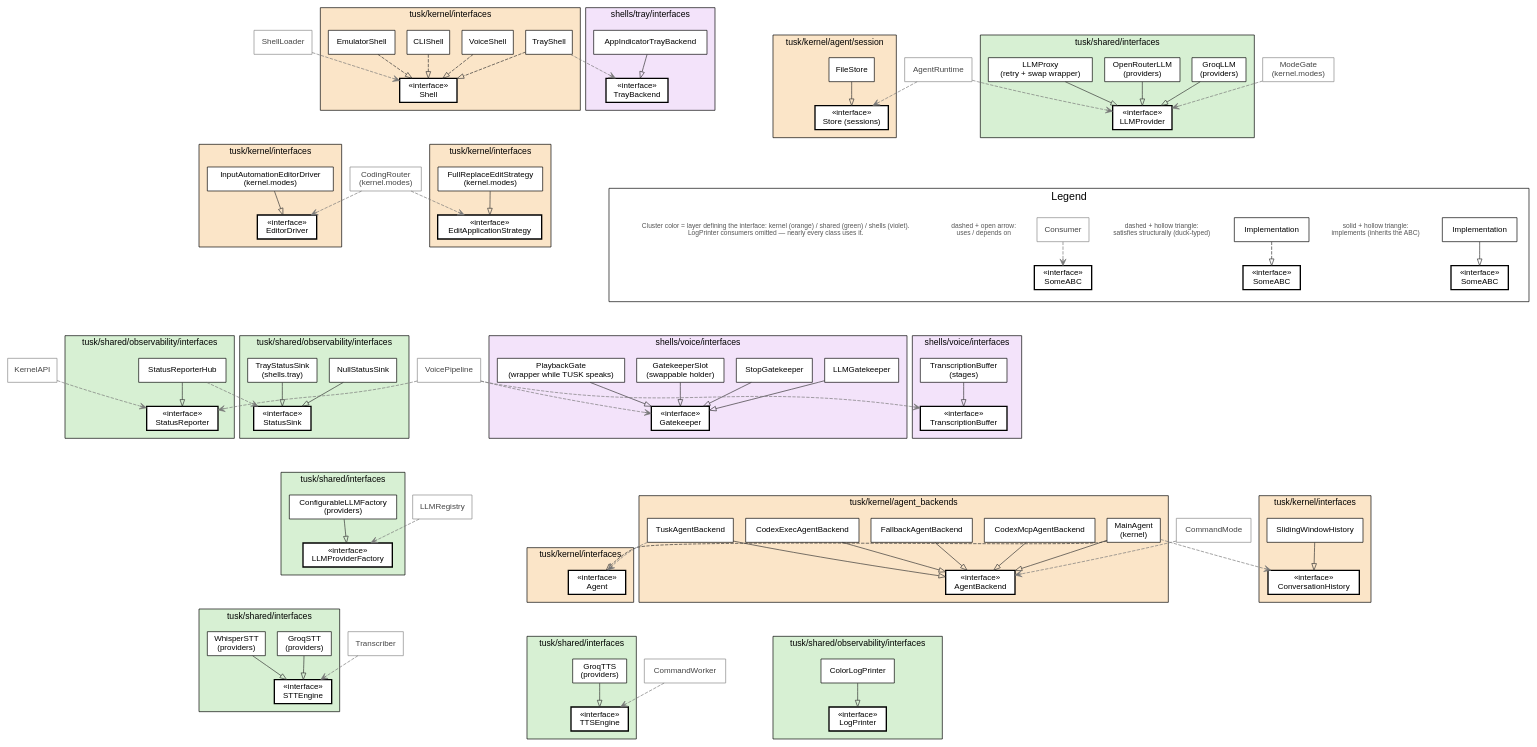
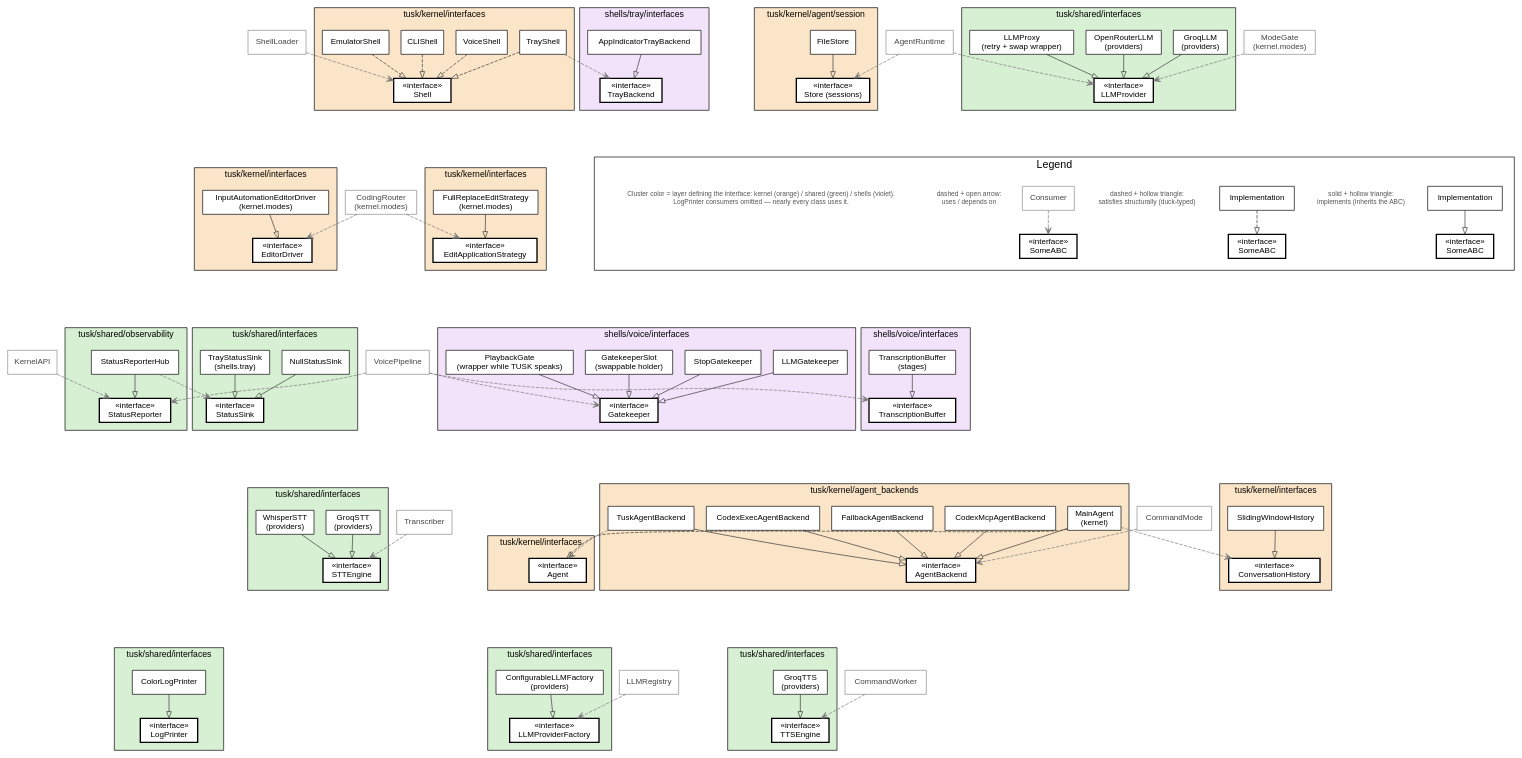
One commit to vovka/tusk changed the diagram in docs/diagrams/interfaces.dot. Above: the diagram before and after it, drawn with Graphviz. The commit also changed 5 other files, not shown here.

First line of the commit message:
Regenerate class-graph diagrams after the shared flattening

```diff
--- a/docs/diagrams/interfaces.dot
+++ b/docs/diagrams/interfaces.dot
@@ -1,196 +1,196 @@
 // TUSK interface map — hand-maintained (unlike full-class-graph.dot, which is generated).
 // Every ABC, its implementations, and its key consumers.
 // Render: fdp -Tsvg interfaces.dot -o interfaces.svg
 //   (fdp 2D-packs the per-interface clusters; dot would stack them in one long column)
 // Cluster tint = layer that DEFINES the interface:
 //   kernel #fbe5c8 | shared #d7f0d3 | shells #f3e3fa
 digraph tusk_interfaces {
   fontname="Helvetica";
   overlap="prism";
   splines=true;
   pack=true;
   packmode="clust";
   sep="+14";
   esep="+6";
   node [shape=box, style=filled, fillcolor="white", fontname="Helvetica", fontsize=12];
   edge [fontname="Helvetica", fontsize=10, color="#333333"];
 
   // Legend nodes are pinned (pos=...!) so fdp cannot scatter them.
   subgraph cluster_legend {
     label="Legend"; fontsize=16; style=filled; fillcolor="#ffffff"; margin=18;
     Leg_impl [label="Implementation", pos="0,3.2!"];
     Leg_if1 [label="«interface»\nSomeABC", penwidth=2, pos="2.4,3.2!"];
     Leg_impl -> Leg_if1 [arrowhead=empty];
     Leg_cap1 [shape=plaintext, fontsize=10, fontcolor="#555555", pos="5.0,3.2!",
       label="solid + hollow triangle:\nimplements (inherits the ABC)"];
 
     Leg_duck [label="Implementation", pos="0,2.3!"];
     Leg_if2 [label="«interface»\nSomeABC", penwidth=2, pos="2.4,2.3!"];
     Leg_duck -> Leg_if2 [arrowhead=empty, style=dashed];
     Leg_cap2 [shape=plaintext, fontsize=10, fontcolor="#555555", pos="5.0,2.3!",
       label="dashed + hollow triangle:\nsatisfies structurally (duck-typed)"];
 
     Leg_user [label="Consumer", color="#888888", fontcolor="#444444", pos="0,1.4!"];
     Leg_if3 [label="«interface»\nSomeABC", penwidth=2, pos="2.4,1.4!"];
     Leg_user -> Leg_if3 [arrowhead=vee, style=dashed, color="#777777"];
     Leg_cap3 [shape=plaintext, fontsize=10, fontcolor="#555555", pos="5.0,1.4!",
       label="dashed + open arrow:\nuses / depends on"];
 
     Leg_note [shape=plaintext, fontsize=10, fontcolor="#555555", pos="2.6,0.5!",
       label="Cluster color = layer defining the interface: kernel (orange) / shared (green) / shells (violet).\nLogPrinter consumers omitted — nearly every class uses it."];
   }
 
   // ---------------- kernel-defined interfaces ----------------
 
   subgraph cluster_agent {
     label="tusk/kernel/interfaces"; fontsize=13; style=filled; fillcolor="#fbe5c8"; margin=12;
     I_Agent [label="«interface»\nAgent", penwidth=2];
   }
   subgraph cluster_shell {
     label="tusk/kernel/interfaces"; fontsize=13; style=filled; fillcolor="#fbe5c8"; margin=12;
     I_Shell [label="«interface»\nShell", penwidth=2];
     VoiceShell; CLIShell; EmulatorShell; TrayShell;
     VoiceShell -> I_Shell [arrowhead=empty, style=dashed];
     CLIShell -> I_Shell [arrowhead=empty, style=dashed];
     EmulatorShell -> I_Shell [arrowhead=empty, style=dashed];
     TrayShell -> I_Shell [arrowhead=empty, style=dashed];
   }
   subgraph cluster_history {
     label="tusk/kernel/interfaces"; fontsize=13; style=filled; fillcolor="#fbe5c8"; margin=12;
     I_ConversationHistory [label="«interface»\nConversationHistory", penwidth=2];
     SlidingWindowHistory -> I_ConversationHistory [arrowhead=empty];
   }
   subgraph cluster_driver {
     label="tusk/kernel/interfaces"; fontsize=13; style=filled; fillcolor="#fbe5c8"; margin=12;
     I_EditorDriver [label="«interface»\nEditorDriver", penwidth=2];
     InputAutomationEditorDriver [label="InputAutomationEditorDriver\n(kernel.modes)"];
     InputAutomationEditorDriver -> I_EditorDriver [arrowhead=empty];
   }
   subgraph cluster_strategy {
     label="tusk/kernel/interfaces"; fontsize=13; style=filled; fillcolor="#fbe5c8"; margin=12;
     I_EditApplicationStrategy [label="«interface»\nEditApplicationStrategy", penwidth=2];
     FullReplaceEditStrategy [label="FullReplaceEditStrategy\n(kernel.modes)"];
     FullReplaceEditStrategy -> I_EditApplicationStrategy [arrowhead=empty];
   }
   subgraph cluster_backend {
     label="tusk/kernel/agent_backends"; fontsize=13; style=filled; fillcolor="#fbe5c8"; margin=12;
     I_AgentBackend [label="«interface»\nAgentBackend", penwidth=2];
     MainAgent [label="MainAgent\n(kernel)"];
     TuskAgentBackend; CodexExecAgentBackend; CodexMcpAgentBackend; FallbackAgentBackend;
     MainAgent -> I_AgentBackend [arrowhead=empty];
     TuskAgentBackend -> I_AgentBackend [arrowhead=empty];
     CodexExecAgentBackend -> I_AgentBackend [arrowhead=empty];
     CodexMcpAgentBackend -> I_AgentBackend [arrowhead=empty];
     FallbackAgentBackend -> I_AgentBackend [arrowhead=empty];
   }
   subgraph cluster_store {
     label="tusk/kernel/agent/session"; fontsize=13; style=filled; fillcolor="#fbe5c8"; margin=12;
     I_Store [label="«interface»\nStore (sessions)", penwidth=2];
     FileStore -> I_Store [arrowhead=empty];
   }
 
   // ---------------- shared-defined interfaces ----------------
 
   subgraph cluster_llm {
     label="tusk/shared/interfaces"; fontsize=13; style=filled; fillcolor="#d7f0d3"; margin=12;
     I_LLMProvider [label="«interface»\nLLMProvider", penwidth=2];
     GroqLLM [label="GroqLLM\n(providers)"];
     OpenRouterLLM [label="OpenRouterLLM\n(providers)"];
     LLMProxy [label="LLMProxy\n(retry + swap wrapper)"];
     GroqLLM -> I_LLMProvider [arrowhead=empty];
     OpenRouterLLM -> I_LLMProvider [arrowhead=empty];
     LLMProxy -> I_LLMProvider [arrowhead=empty];
   }
   subgraph cluster_llmfactory {
     label="tusk/shared/interfaces"; fontsize=13; style=filled; fillcolor="#d7f0d3"; margin=12;
     I_LLMProviderFactory [label="«interface»\nLLMProviderFactory", penwidth=2];
     ConfigurableLLMFactory [label="ConfigurableLLMFactory\n(providers)"];
     ConfigurableLLMFactory -> I_LLMProviderFactory [arrowhead=empty];
   }
   subgraph cluster_log {
-    label="tusk/shared/observability/interfaces"; fontsize=13; style=filled; fillcolor="#d7f0d3"; margin=12;
+    label="tusk/shared/interfaces"; fontsize=13; style=filled; fillcolor="#d7f0d3"; margin=12;
     I_LogPrinter [label="«interface»\nLogPrinter", penwidth=2];
     ColorLogPrinter -> I_LogPrinter [arrowhead=empty];
   }
   subgraph cluster_reporter {
-    label="tusk/shared/observability/interfaces"; fontsize=13; style=filled; fillcolor="#d7f0d3"; margin=12;
+    label="tusk/shared/observability"; fontsize=13; style=filled; fillcolor="#d7f0d3"; margin=12;
     I_StatusReporter [label="«interface»\nStatusReporter", penwidth=2];
     StatusReporterHub -> I_StatusReporter [arrowhead=empty];
   }
   subgraph cluster_sink {
-    label="tusk/shared/observability/interfaces"; fontsize=13; style=filled; fillcolor="#d7f0d3"; margin=12;
+    label="tusk/shared/interfaces"; fontsize=13; style=filled; fillcolor="#d7f0d3"; margin=12;
     I_StatusSink [label="«interface»\nStatusSink", penwidth=2];
     NullStatusSink;
     TrayStatusSink [label="TrayStatusSink\n(shells.tray)"];
     NullStatusSink -> I_StatusSink [arrowhead=empty];
     TrayStatusSink -> I_StatusSink [arrowhead=empty];
   }
   subgraph cluster_stt {
     label="tusk/shared/interfaces"; fontsize=13; style=filled; fillcolor="#d7f0d3"; margin=12;
     I_STTEngine [label="«interface»\nSTTEngine", penwidth=2];
     GroqSTT [label="GroqSTT\n(providers)"];
     WhisperSTT [label="WhisperSTT\n(providers)"];
     GroqSTT -> I_STTEngine [arrowhead=empty];
     WhisperSTT -> I_STTEngine [arrowhead=empty];
   }
   subgraph cluster_tts {
     label="tusk/shared/interfaces"; fontsize=13; style=filled; fillcolor="#d7f0d3"; margin=12;
     I_TTSEngine [label="«interface»\nTTSEngine", penwidth=2];
     GroqTTS [label="GroqTTS\n(providers)"];
     GroqTTS -> I_TTSEngine [arrowhead=empty];
   }
 
   // ---------------- shell-defined interfaces ----------------
 
   subgraph cluster_gatekeeper {
     label="shells/voice/interfaces"; fontsize=13; style=filled; fillcolor="#f3e3fa"; margin=12;
     I_Gatekeeper [label="«interface»\nGatekeeper", penwidth=2];
     LLMGatekeeper; StopGatekeeper;
     GatekeeperSlot [label="GatekeeperSlot\n(swappable holder)"];
     PlaybackGate [label="PlaybackGate\n(wrapper while TUSK speaks)"];
     LLMGatekeeper -> I_Gatekeeper [arrowhead=empty];
     StopGatekeeper -> I_Gatekeeper [arrowhead=empty];
     GatekeeperSlot -> I_Gatekeeper [arrowhead=empty];
     PlaybackGate -> I_Gatekeeper [arrowhead=empty];
   }
   subgraph cluster_buffer {
     label="shells/voice/interfaces"; fontsize=13; style=filled; fillcolor="#f3e3fa"; margin=12;
     I_TranscriptionBuffer [label="«interface»\nTranscriptionBuffer", penwidth=2];
     TranscriptionBufferImpl [label="TranscriptionBuffer\n(stages)"];
     TranscriptionBufferImpl -> I_TranscriptionBuffer [arrowhead=empty];
   }
   subgraph cluster_tray {
     label="shells/tray/interfaces"; fontsize=13; style=filled; fillcolor="#f3e3fa"; margin=12;
     I_TrayBackend [label="«interface»\nTrayBackend", penwidth=2];
     AppIndicatorTrayBackend -> I_TrayBackend [arrowhead=empty];
   }
 
   // ---------------- cross-cluster relations ----------------
 
   MainAgent -> I_Agent [arrowhead=empty, style=dashed];
   TuskAgentBackend -> I_Agent [arrowhead=vee, style=dashed, color="#777777"];
   MainAgent -> I_ConversationHistory [arrowhead=vee, style=dashed, color="#777777"];
 
   // ---------------- consumers ----------------
 
   node [color="#888888", fontcolor="#444444"];
 
   CommandMode -> I_AgentBackend [arrowhead=vee, style=dashed, color="#777777"];
   ShellLoader -> I_Shell [arrowhead=vee, style=dashed, color="#777777"];
   KernelAPI -> I_StatusReporter [arrowhead=vee, style=dashed, color="#777777"];
   AgentRuntime -> I_Store [arrowhead=vee, style=dashed, color="#777777"];
   AgentRuntime -> I_LLMProvider [arrowhead=vee, style=dashed, color="#777777", label=" via AgentProfile"];
   ModeGate [label="ModeGate\n(kernel.modes)"];
   ModeGate -> I_LLMProvider [arrowhead=vee, style=dashed, color="#777777"];
   LLMRegistry -> I_LLMProviderFactory [arrowhead=vee, style=dashed, color="#777777"];
   CodingRouter [label="CodingRouter\n(kernel.modes)"];
   CodingRouter -> I_EditorDriver [arrowhead=vee, style=dashed, color="#777777"];
   CodingRouter -> I_EditApplicationStrategy [arrowhead=vee, style=dashed, color="#777777"];
   Transcriber -> I_STTEngine [arrowhead=vee, style=dashed, color="#777777"];
   CommandWorker -> I_TTSEngine [arrowhead=vee, style=dashed, color="#777777"];
   VoicePipeline -> I_Gatekeeper [arrowhead=vee, style=dashed, color="#777777"];
   VoicePipeline -> I_TranscriptionBuffer [arrowhead=vee, style=dashed, color="#777777"];
   VoicePipeline -> I_StatusReporter [arrowhead=vee, style=dashed, color="#777777"];
   StatusReporterHub -> I_StatusSink [arrowhead=vee, style=dashed, color="#777777"];
   TrayShell -> I_TrayBackend [arrowhead=vee, style=dashed, color="#777777"];
 }
```
